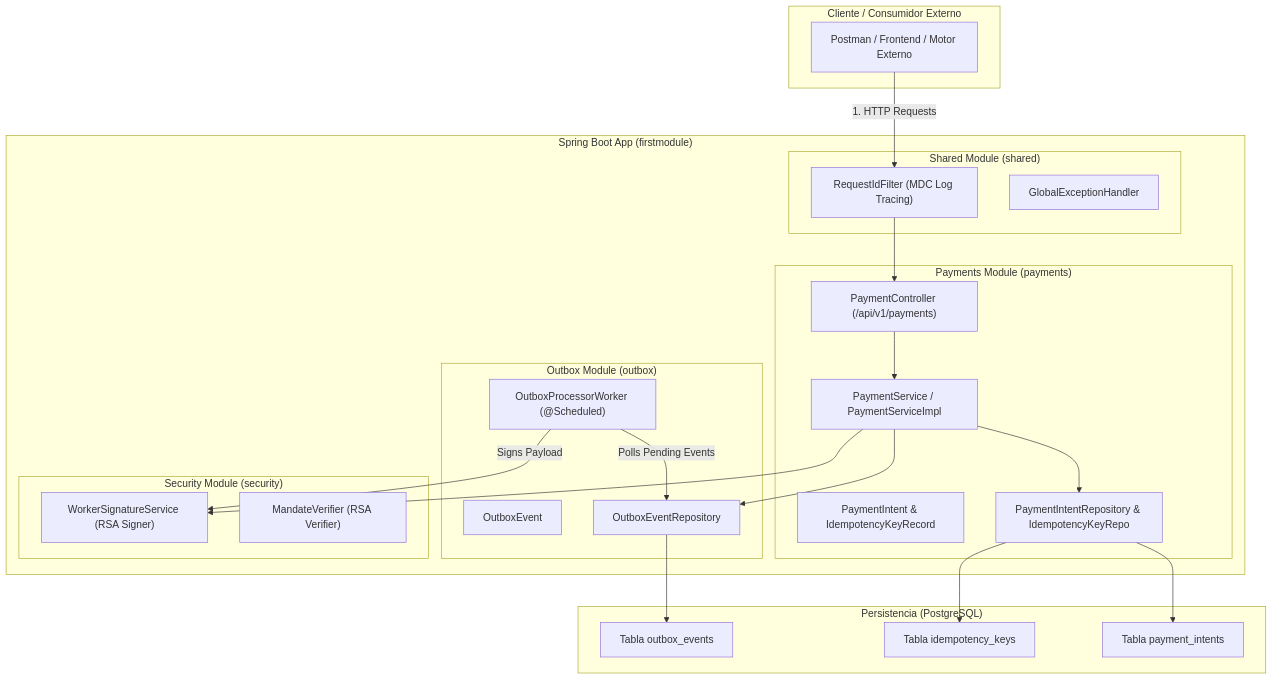
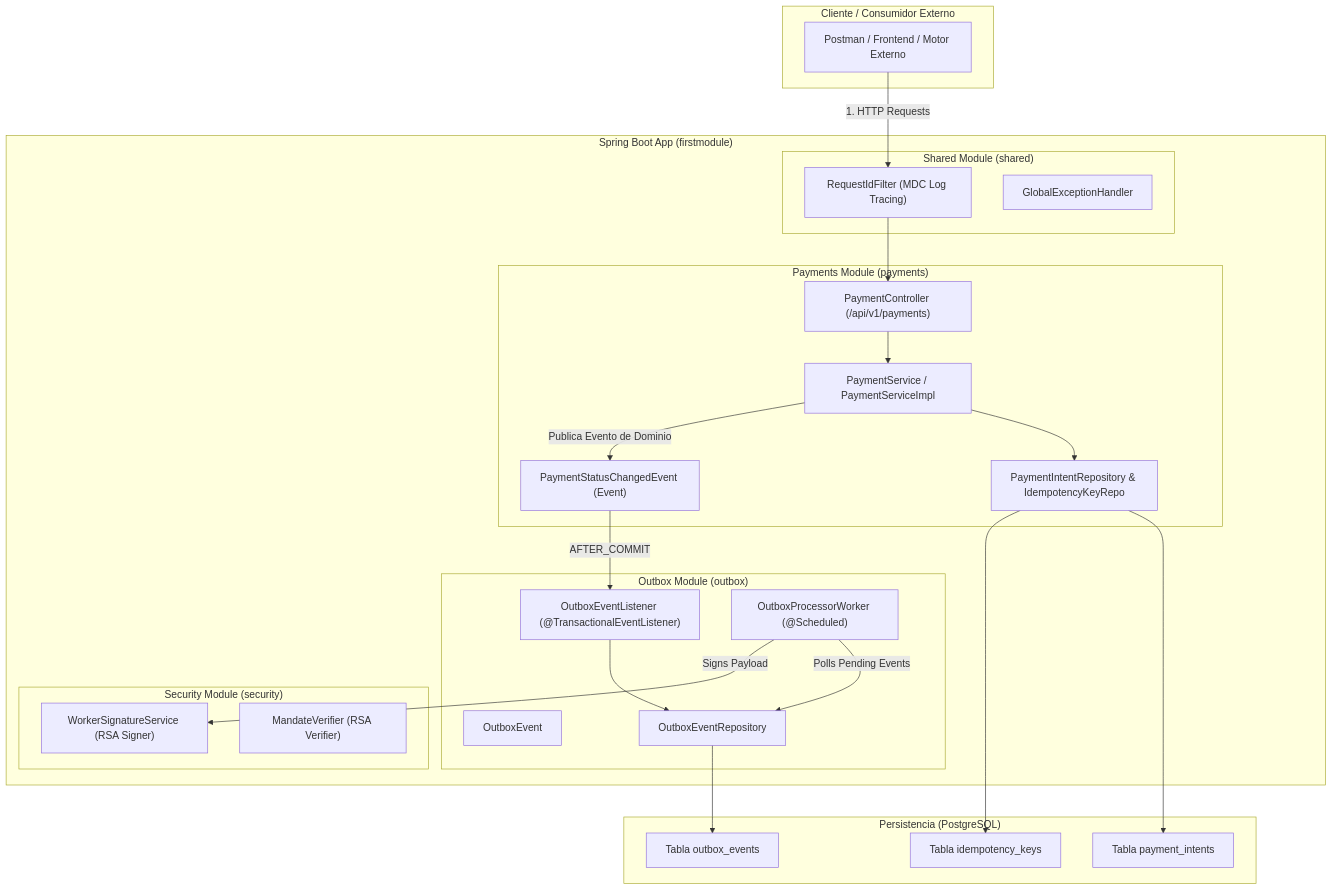
One commit to LuisEC10/b2b-micropayment-core changed the first of 2 diagrams in README.md. Above: the diagram before and after it, drawn with Mermaid. The commit also changed other lines of this file, not shown here.

Commit message:
fix: cambio en el readme.md

````diff
--- a/README.md
+++ b/README.md
@@ -67,51 +67,53 @@
 ```mermaid
 graph TB
     subgraph Client ["Cliente / Consumidor Externo"]
         POSTMAN["Postman / Frontend / Motor Externo"]
     end
 
     subgraph Monolith ["Spring Boot App (firstmodule)"]
         subgraph SharedModule ["Shared Module (shared)"]
             FILTER["RequestIdFilter (MDC Log Tracing)"]
             HANDLING["GlobalExceptionHandler"]
         end
 
         subgraph PaymentsModule ["Payments Module (payments)"]
             CTRL["PaymentController (/api/v1/payments)"]
             SVC["PaymentService / PaymentServiceImpl"]
-            PAY_DOM["PaymentIntent & IdempotencyKeyRecord"]
+            EVENT["PaymentStatusChangedEvent (Event)"]
             PAY_REPO["PaymentIntentRepository & IdempotencyKeyRepo"]
         end
 
         subgraph OutboxModule ["Outbox Module (outbox)"]
+            LISTENER["OutboxEventListener (@TransactionalEventListener)"]
             OUT_DOM["OutboxEvent"]
             OUT_REPO["OutboxEventRepository"]
             WORKER["OutboxProcessorWorker (@Scheduled)"]
         end
 
         subgraph SecurityModule ["Security Module (security)"]
             JWS["WorkerSignatureService (RSA Signer)"]
             VERIFIER["MandateVerifier (RSA Verifier)"]
         end
     end
 
     subgraph Database ["Persistencia (PostgreSQL)"]
         DB_PAY["Tabla payment_intents"]
         DB_IDEM["Tabla idempotency_keys"]
         DB_OUT["Tabla outbox_events"]
     end
 
     POSTMAN -->|1. HTTP Requests| FILTER
     FILTER --> CTRL
     CTRL --> SVC
     SVC --> PAY_REPO
-    SVC --> OUT_REPO
-    SVC --> JWS
+    SVC -->|Publica Evento de Dominio| EVENT
+    EVENT -->|AFTER_COMMIT| LISTENER
+    LISTENER --> OUT_REPO
 
     WORKER -->|Polls Pending Events| OUT_REPO
     WORKER -->|Signs Payload| JWS
 
     PAY_REPO --> DB_PAY
     PAY_REPO --> DB_IDEM
     OUT_REPO --> DB_OUT
 ```
````
